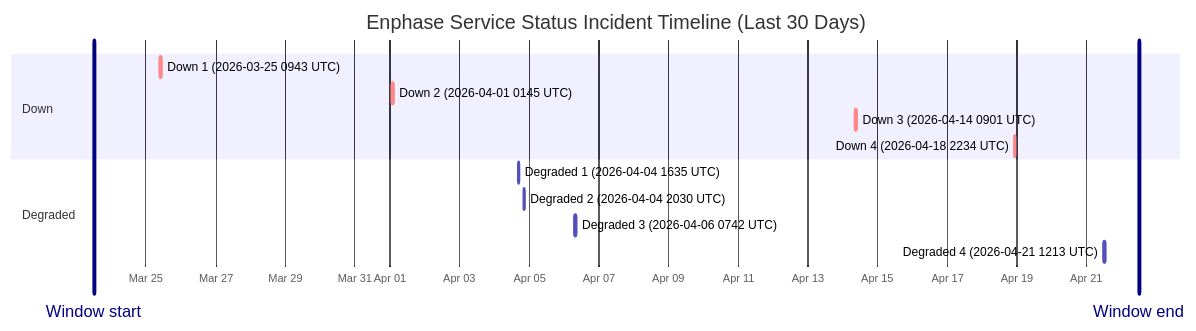
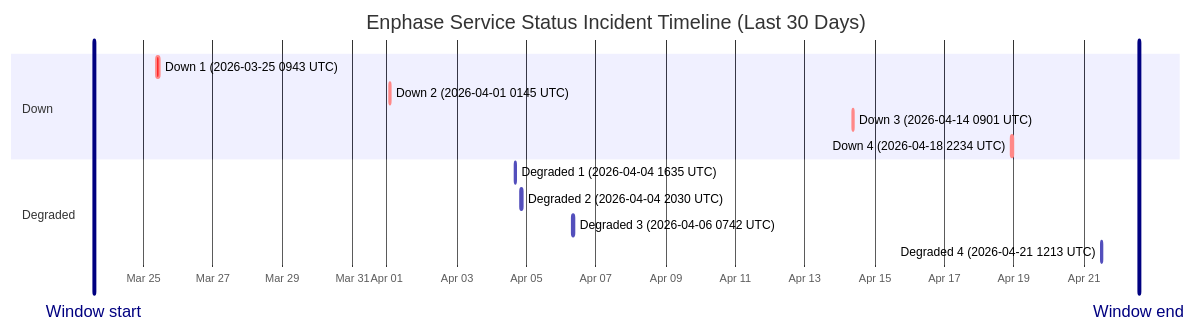
One commit to barneyonline/ha-enphase-ev-charger changed the diagram in wiki/Service-Status-History.md. Above: the diagram before and after it, drawn with Mermaid. The commit also changed other lines of this file and 3 other files, not shown here.

````diff
--- a/wiki/Service-Status-History.md
+++ b/wiki/Service-Status-History.md
@@ -14,18 +14,18 @@
 ```mermaid
 gantt
     title Enphase Service Status Incident Timeline (Last 30 Days)
     dateFormat  YYYY-MM-DDTHH:mm:ss
     axisFormat  %b %d
-    Window start :vert, window-start, 2026-03-23T12:12:44, 0ms
-    Window end :vert, window-end, 2026-04-22T12:12:44, 0ms
+    Window start :vert, window-start, 2026-03-23T14:14:35, 0ms
+    Window end :vert, window-end, 2026-04-22T14:14:35, 0ms
     section Down
     Down 1 (2026-03-25 0943 UTC) :crit, down-1, 2026-03-25T09:43:28, 111m
     Down 2 (2026-04-01 0145 UTC) :crit, down-2, 2026-04-01T01:45:09, 60m
     Down 3 (2026-04-14 0901 UTC) :crit, down-3, 2026-04-14T09:01:13, 60m
     Down 4 (2026-04-18 2234 UTC) :crit, down-4, 2026-04-18T22:34:13, 60m
     section Degraded
     Degraded 1 (2026-04-04 1635 UTC) :active, degraded-1, 2026-04-04T16:35:17, 60m
     Degraded 2 (2026-04-04 2030 UTC) :active, degraded-2, 2026-04-04T20:30:40, 60m
     Degraded 3 (2026-04-06 0742 UTC) :active, degraded-3, 2026-04-06T07:42:09, 85m
     Degraded 4 (2026-04-21 1213 UTC) :active, degraded-4, 2026-04-21T12:13:11, 60m
 ```
````
